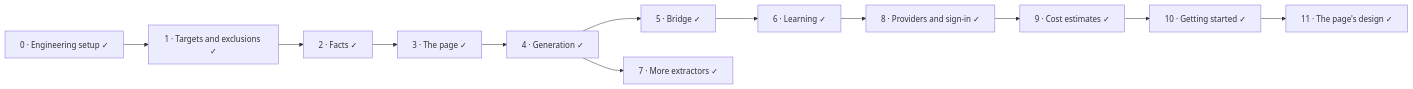
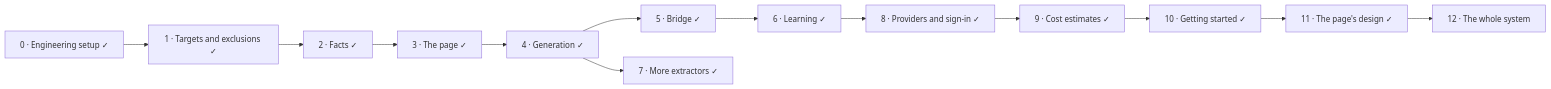
One commit to mohamed-abdelsattar92/codetrail changed the fifth of 5 diagrams in README.md. Above: the diagram before and after it, drawn with Mermaid. The commit also changed other lines of this file and 8 other files, not shown here.

````diff
--- a/README.md
+++ b/README.md
@@ -236,14 +236,15 @@
 ```mermaid
 flowchart LR
     P0["0 · Engineering setup ✓"] --> P1["1 · Targets and exclusions ✓"]
     P1 --> P2["2 · Facts ✓"]
     P2 --> P3["3 · The page ✓"]
     P3 --> P4["4 · Generation ✓"]
     P4 --> P5["5 · Bridge ✓"]
     P5 --> P6["6 · Learning ✓"]
     P4 --> P7["7 · More extractors ✓"]
     P6 --> P8["8 · Providers and sign-in ✓"]
     P8 --> P9["9 · Cost estimates ✓"]
     P9 --> P10["10 · Getting started ✓"]
     P10 --> P11["11 · The page's design ✓"]
+    P11 --> P12["12 · The whole system"]
 ```
````
